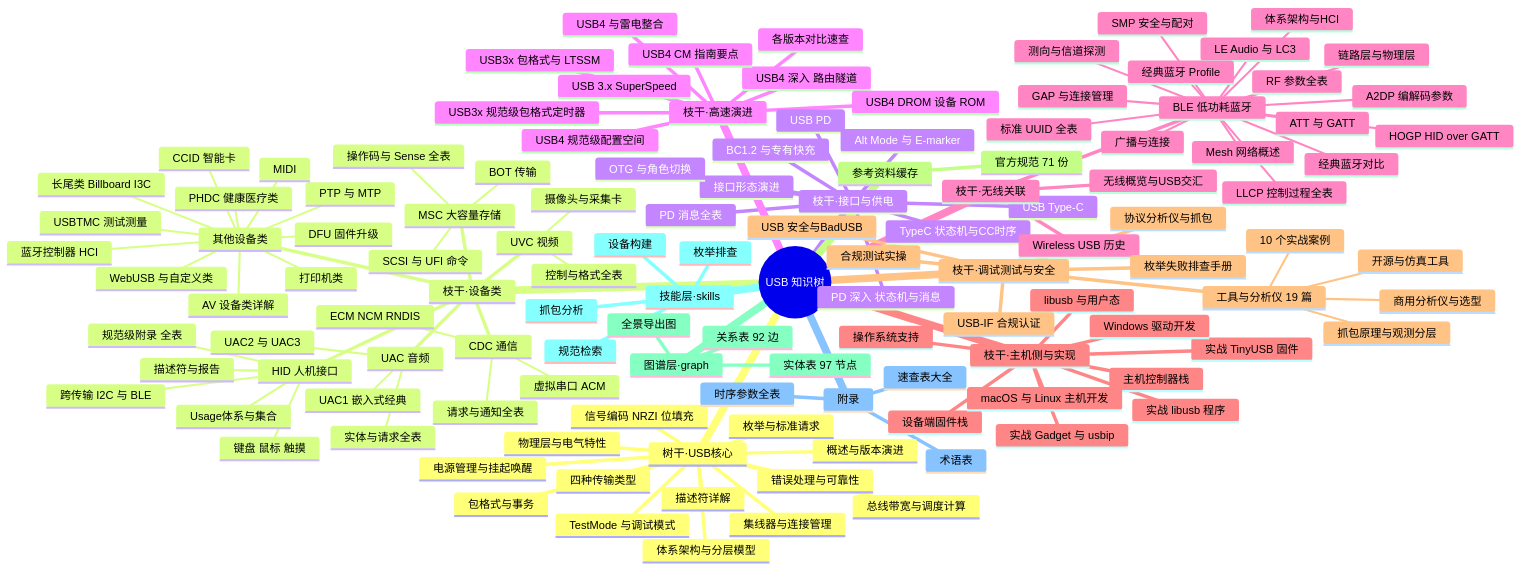
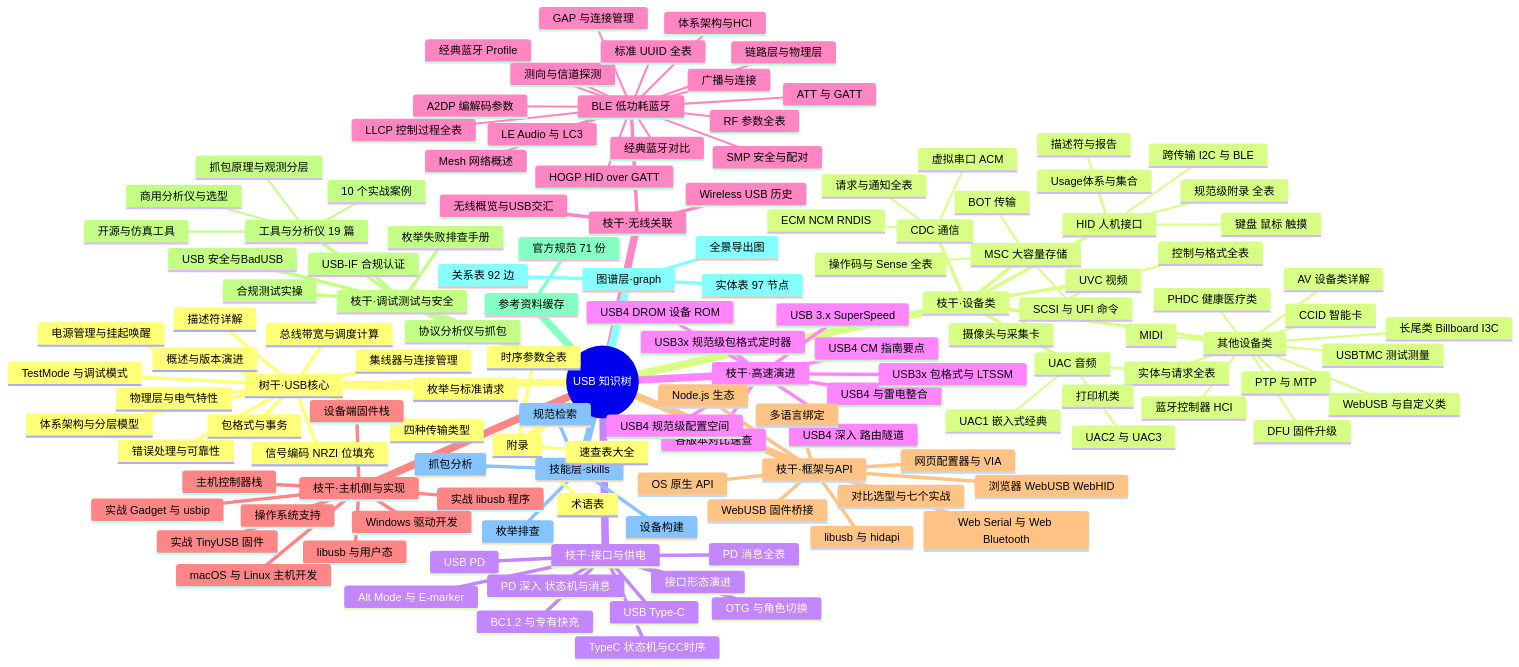
The first of 2 diagrams in 00-知识树总图.md (tangjianfang/USBTree), drawn with Mermaid before and after one commit. The commit also changed other lines of this file and 23 other files, not shown here.

Commit message:
feat: 新增 65-枝干-框架与API（浏览器设备API/Node.js/libusb/hidapi/原生API/多语言/固件桥接/选型/七例）

```diff
--- a/00-知识树总图.md
+++ b/00-知识树总图.md
@@ -121,6 +121,16 @@
       实战 Gadget 与 usbip
       Windows 驱动开发
       macOS 与 Linux 主机开发
+    枝干·框架与API
+      浏览器 WebUSB WebHID
+      Web Serial 与 Web Bluetooth
+      网页配置器与 VIA
+      Node.js 生态
+      libusb 与 hidapi
+      OS 原生 API
+      多语言绑定
+      WebUSB 固件桥接
+      对比选型与七个实战
     枝干·调试测试与安全
       协议分析仪与抓包
       枚举失败排查手册
```
